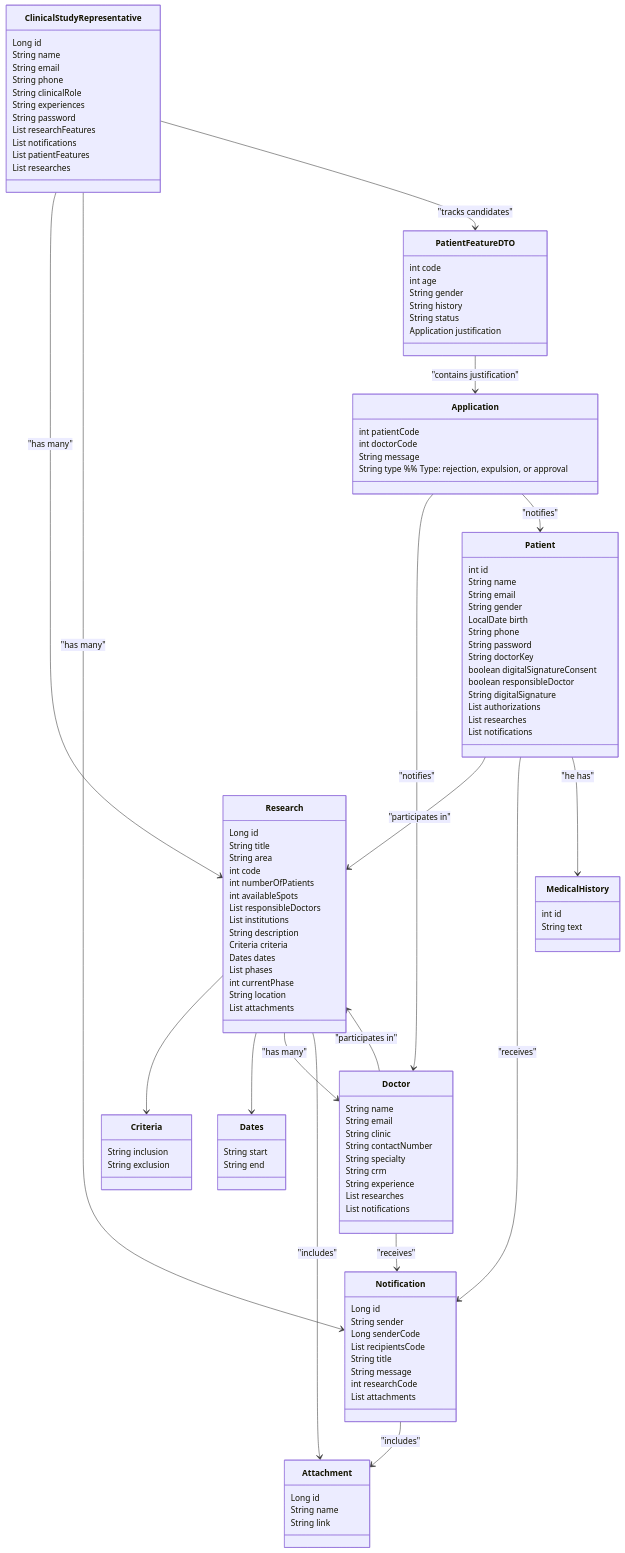
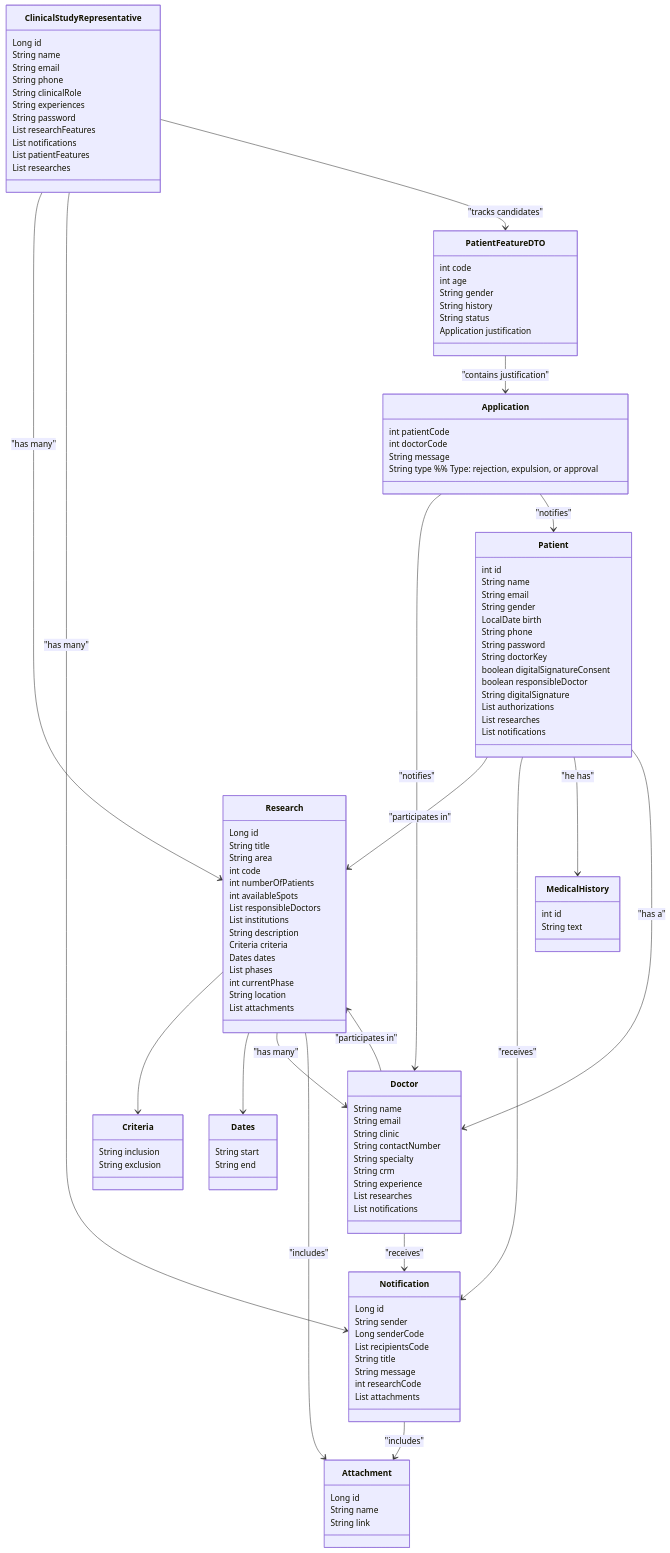
The third of 15 diagrams in README.md (andrefilipe1310/inovamed-), drawn with Mermaid before and after one commit.

```diff
--- a/README.md
+++ b/README.md
@@ -172,6 +172,7 @@
     Patient --> Research : "participates in"
     Patient --> Notification : "receives"
     Patient --> MedicalHistory : "he has"
+    Patient --> Doctor : "has a"
     PatientFeatureDTO --> Application : "contains justification"
     Application --> Doctor : "notifies"
     Application --> Patient : "notifies"
```
